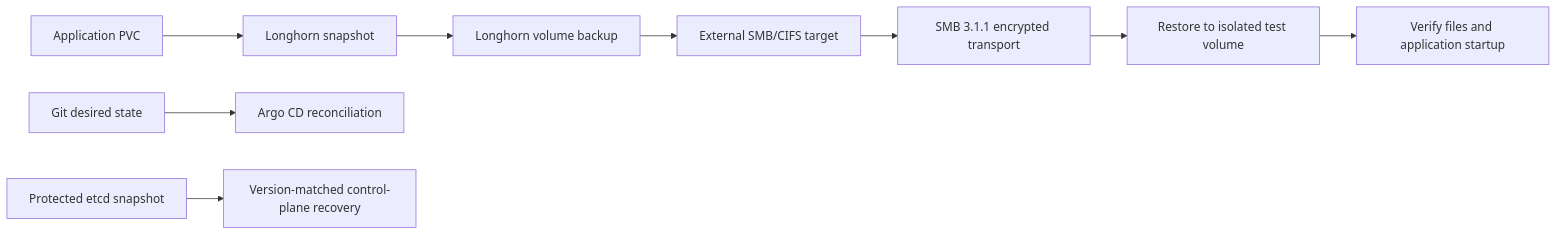
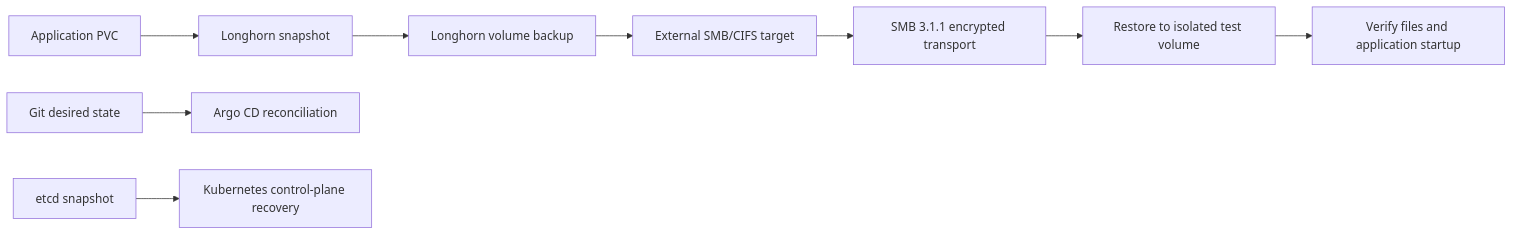
One commit to egyhaty/karm-devops changed the diagram in docs/storage-and-recovery.md. Above: the diagram before and after it, drawn with Mermaid. The commit also changed other lines of this file and 11 other files, not shown here.

````diff
--- a/docs/storage-and-recovery.md
+++ b/docs/storage-and-recovery.md
@@ -19,11 +19,11 @@
 ```mermaid
 flowchart LR
   App[Application PVC] --> Snapshot[Longhorn snapshot]
   Snapshot --> Backup[Longhorn volume backup]
   Backup --> Target[External SMB/CIFS target]
   Target --> Transit[SMB 3.1.1 encrypted transport]
   Transit --> Restore[Restore to isolated test volume]
   Restore --> Verify[Verify files and application startup]
   Git[Git desired state] --> Reconcile[Argo CD reconciliation]
-  Etcd[Protected etcd snapshot] --> ControlPlane[Version-matched control-plane recovery]
+  Etcd[etcd snapshot] --> ControlPlane[Kubernetes control-plane recovery]
 ```
````
